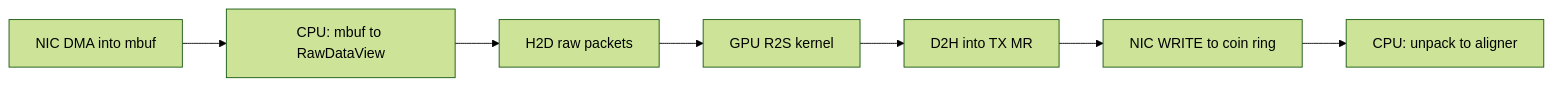
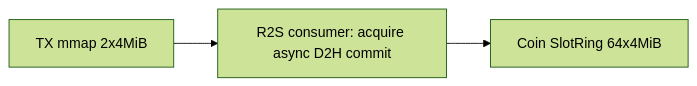
One commit to Wasshoii/pni_r2c changed the second of 3 diagrams in docs/接口说明/dataplane/rdma/README.md. Above: the diagram before and after it, drawn with Mermaid (forest theme). The commit also changed other lines of this file and 36 other files, not shown here.

````diff
--- a/docs/接口说明/dataplane/rdma/README.md
+++ b/docs/接口说明/dataplane/rdma/README.md
@@ -59,11 +49,7 @@
 ```mermaid
 flowchart LR
-  nicDma["NIC DMA into mbuf"]
-  dpdkCopy["CPU: mbuf to RawDataView"]
-  h2d["H2D raw packets"]
-  kern["GPU R2S kernel"]
-  d2h["D2H into TX MR"]
-  roce["NIC WRITE to coin ring"]
-  unpack["CPU: unpack to aligner"]
-  nicDma --> dpdkCopy --> h2d --> kern --> d2h --> roce --> unpack
+  hugepage["TX mmap 2x4MiB"]
+  fill["R2S consumer: acquire async D2H commit"]
+  ring["Coin SlotRing 64x4MiB"]
+  hugepage --> fill --> ring
 ```
````
